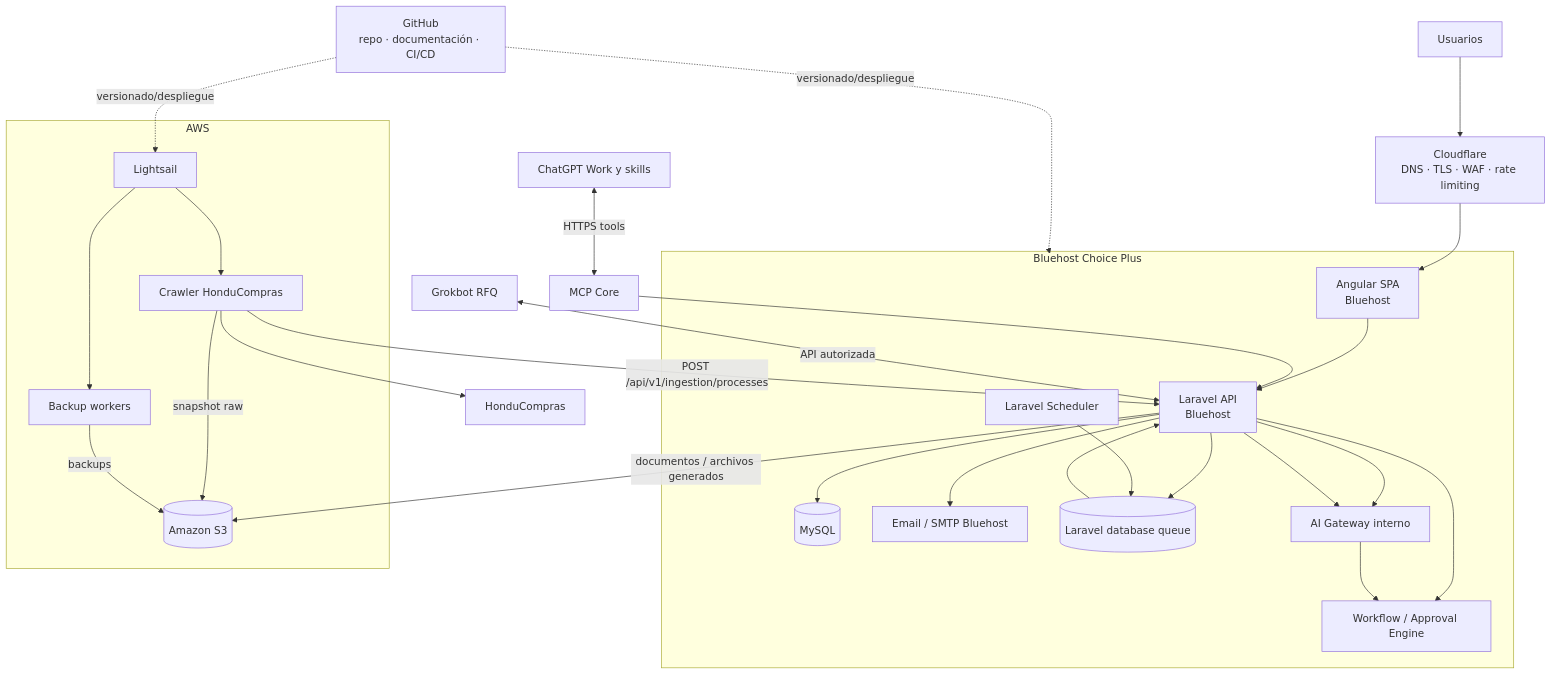
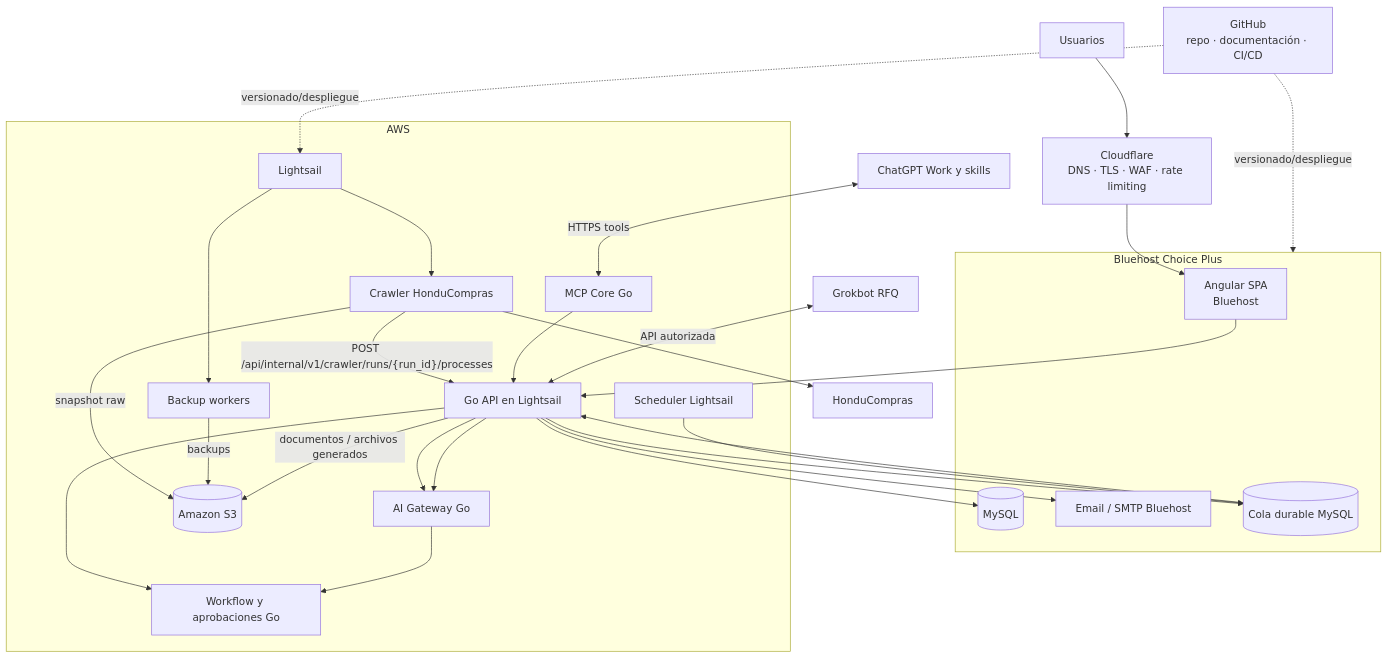
The first of 4 diagrams in docs/architecture/oficina-ai-v2.md (Ahcast/Bastion), drawn with Mermaid before and after one commit. The commit also changed other lines of this file and 205 other files, not shown here.

Commit message:
refactor: separar frontend y backend Go; conservar MySQL en Bluehost

````diff
--- a/docs/architecture/oficina-ai-v2.md
+++ b/docs/architecture/oficina-ai-v2.md
@@ -53,50 +52,51 @@
 ```mermaid
 flowchart TB
 
     U["Usuarios"] --> CF["Cloudflare<br/>DNS · TLS · WAF · rate limiting"]
     CF --> FE["Angular SPA<br/>Bluehost"]
-    FE --> API["Laravel API<br/>Bluehost"]
+    FE --> API["Go API en Lightsail"]
 
     subgraph BH["Bluehost Choice Plus"]
         FE
-        API
         DB[("MySQL")]
         MAIL["Email / SMTP Bluehost"]
-        SCH["Laravel Scheduler"]
-        Q[("Laravel database queue")]
-        AIGW["AI Gateway interno"]
-        WF["Workflow / Approval Engine"]
+        Q[("Cola durable MySQL")]
     end
 
     API --> DB
     API --> MAIL
     API --> Q
     SCH --> Q
     Q --> API
     API --> AIGW
     API --> WF
     AIGW --> WF
 
     subgraph AWS["AWS"]
         LS["Lightsail"]
+        API
+        SCH["Scheduler Lightsail"]
+        AIGW["AI Gateway Go"]
+        WF["Workflow y aprobaciones Go"]
+        MCP
         CR["Crawler HonduCompras"]
         BW["Backup workers"]
         S3[("Amazon S3")]
     end
 
     LS --> CR
     LS --> BW
     CR --> HC["HonduCompras"]
     CR -->|"snapshot raw"| S3
-    CR -->|"POST /api/v1/ingestion/processes"| API
+    CR -->|"POST /api/internal/v1/crawler/runs/{run_id}/processes"| API
     BW -->|"backups"| S3
     API -->|"documentos / archivos generados"| S3
 
-    WORK["ChatGPT Work y skills"] <-->|"HTTPS tools"| MCP["MCP Core"]
+    WORK["ChatGPT Work y skills"] <-->|"HTTPS tools"| MCP["MCP Core Go"]
     MCP --> API
     API --> AIGW
     GROK["Grokbot RFQ"] <-->|"API autorizada"| API
 
     GH["GitHub<br/>repo · documentación · CI/CD"] -. versionado/despliegue .-> BH
     GH -. versionado/despliegue .-> LS
 ```
````
